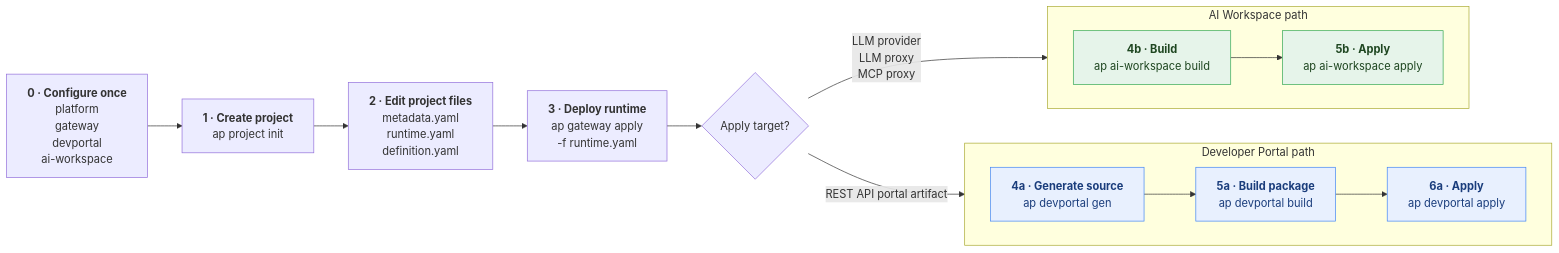
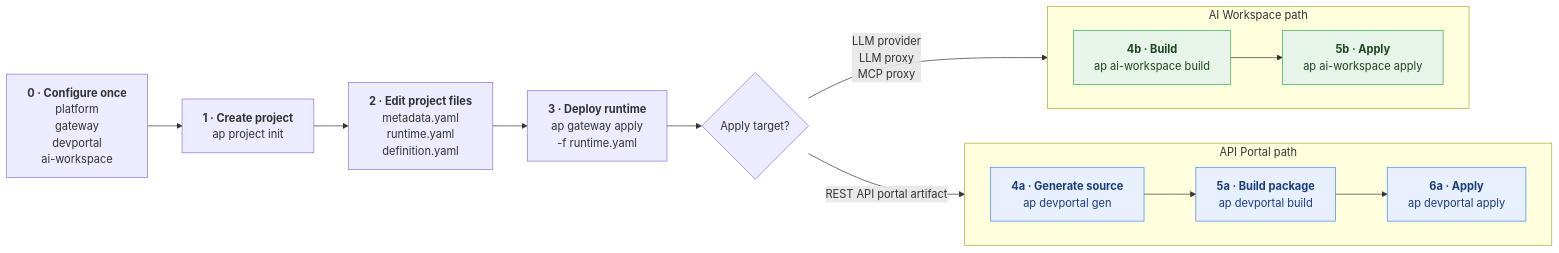
One commit to wso2/api-platform changed the diagram in docs/cli/end-to-end-workflow.md. Above: the diagram before and after it, drawn with Mermaid. The commit also changed other lines of this file and 565 other files, not shown here.

Commit message:
Rename devportal directory to api-portal

````diff
--- a/docs/cli/end-to-end-workflow.md
+++ b/docs/cli/end-to-end-workflow.md
@@ -33,26 +33,26 @@
 ```mermaid
 flowchart LR
     A["<b>0 · Configure once</b><br/>platform<br/>gateway<br/>devportal<br/>ai-workspace"] --> B["<b>1 · Create project</b><br/>ap project init"]
     B --> C["<b>2 · Edit project files</b><br/>metadata.yaml<br/>runtime.yaml<br/>definition.yaml"]
 
     C --> D["<b>3 · Deploy runtime</b><br/>ap gateway apply<br/>-f runtime.yaml"]
     D --> E{"Apply target?"}
 
-    subgraph DP["Developer Portal path"]
+    subgraph DP["API Portal path"]
         direction LR
         F["<b>4a · Generate source</b><br/>ap devportal gen"] --> G["<b>5a · Build package</b><br/>ap devportal build"] --> H["<b>6a · Apply</b><br/>ap devportal apply"]
     end
 
     subgraph AW["AI Workspace path"]
         direction LR
         I["<b>4b · Build</b><br/>ap ai-workspace build"] --> J["<b>5b · Apply</b><br/>ap ai-workspace apply"]
     end
 
     E -->|REST API portal artifact| F
     E -->|LLM provider<br/>LLM proxy<br/>MCP proxy| I
 
     classDef dp fill:#e8f0fe,stroke:#4285f4,color:#1a3d7c;
     classDef aiws fill:#e6f4ea,stroke:#34a853,color:#1e4620;
     class F,G,H dp;
     class I,J aiws;
 ```
````
